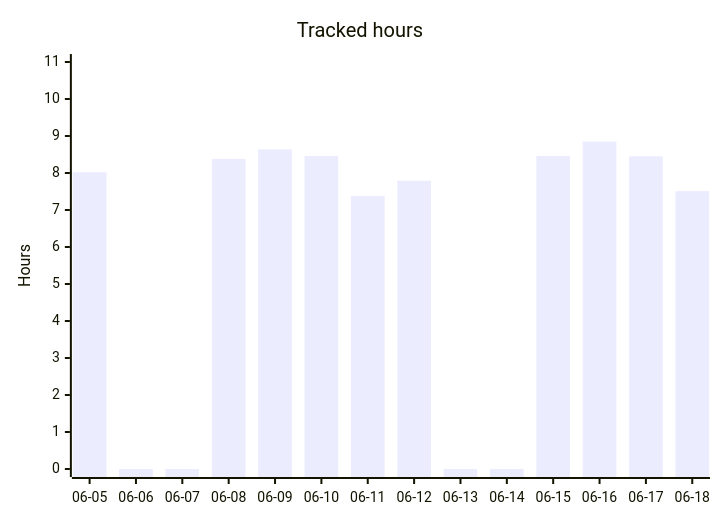
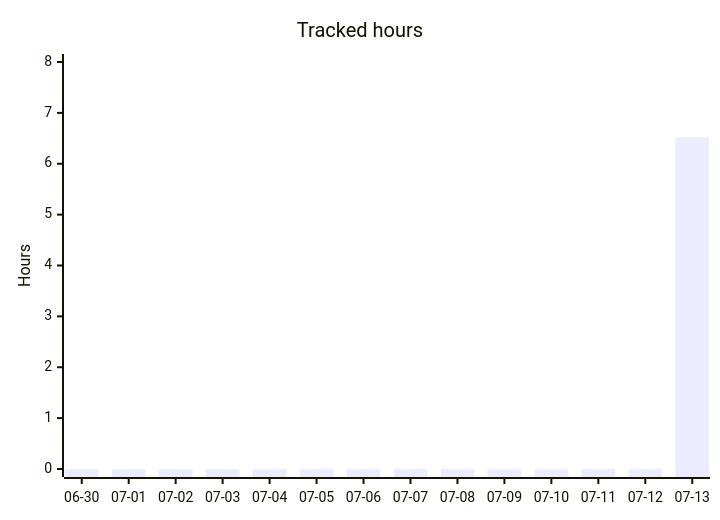
Before and after one commit to albinforsberg-netizen/timeclock: the second of 5 diagrams in README.org, drawn with Mermaid. The commit also changed other lines of this file, not shown here.

```diff
--- a/README.org
+++ b/README.org
@@ -90,7 +90,7 @@
 #+begin_src mermaid
 xychart-beta
     title "Tracked hours"
-    x-axis ["06-05", "06-06", "06-07", "06-08", "06-09", "06-10", "06-11", "06-12", "06-13", "06-14", "06-15", "06-16", "06-17", "06-18"]
-    y-axis "Hours" 0 --> 11
-    bar [8.02, 0.00, 0.00, 8.38, 8.64, 8.46, 7.38, 7.79, 0.00, 0.00, 8.46, 8.85, 8.45, 7.51]
+    x-axis ["06-30", "07-01", "07-02", "07-03", "07-04", "07-05", "07-06", "07-07", "07-08", "07-09", "07-10", "07-11", "07-12", "07-13"]
+    y-axis "Hours" 0 --> 8
+    bar [0.00, 0.00, 0.00, 0.00, 0.00, 0.00, 0.00, 0.00, 0.00, 0.00, 0.00, 0.00, 0.00, 6.52]
 #+end_src
```
